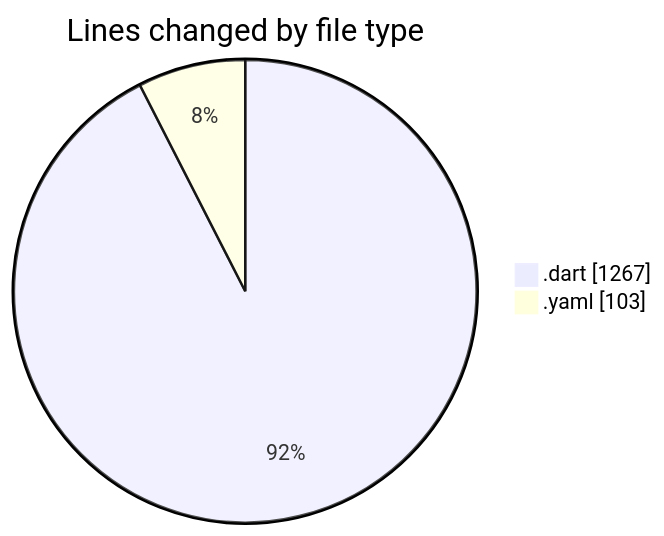
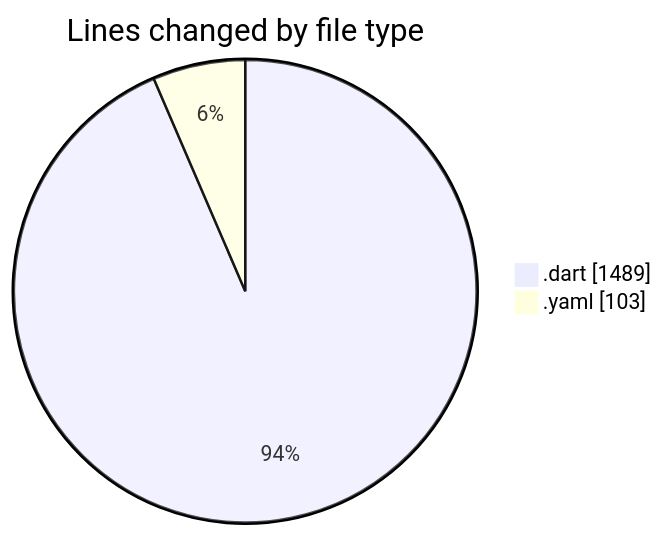
One commit to donsfak/code-tracking changed the first of 2 diagrams in 2025-02-25/trackers_app/README.md. Above: the diagram before and after it, drawn with Mermaid. The commit also changed other lines of this file and 1 other file, not shown here.

````diff
--- a/2025-02-25/trackers_app/README.md
+++ b/2025-02-25/trackers_app/README.md
@@ -26,6 +29,6 @@
 ```mermaid
 pie showData
 title Lines changed by file type
-".dart" : 1267
+".dart" : 1489
 ".yaml" : 103
 ```
````
